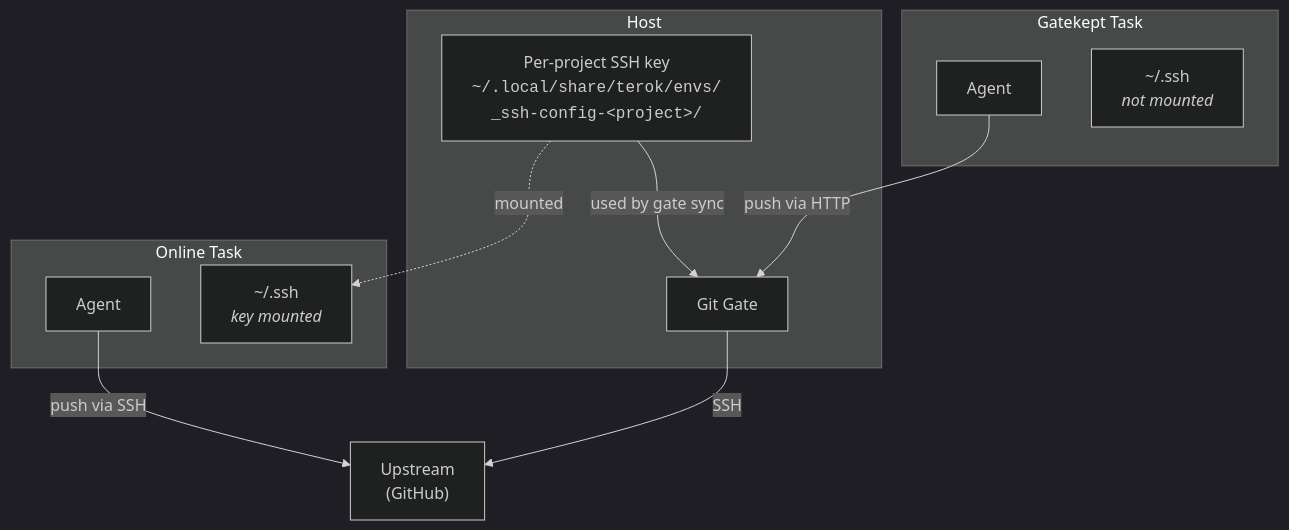
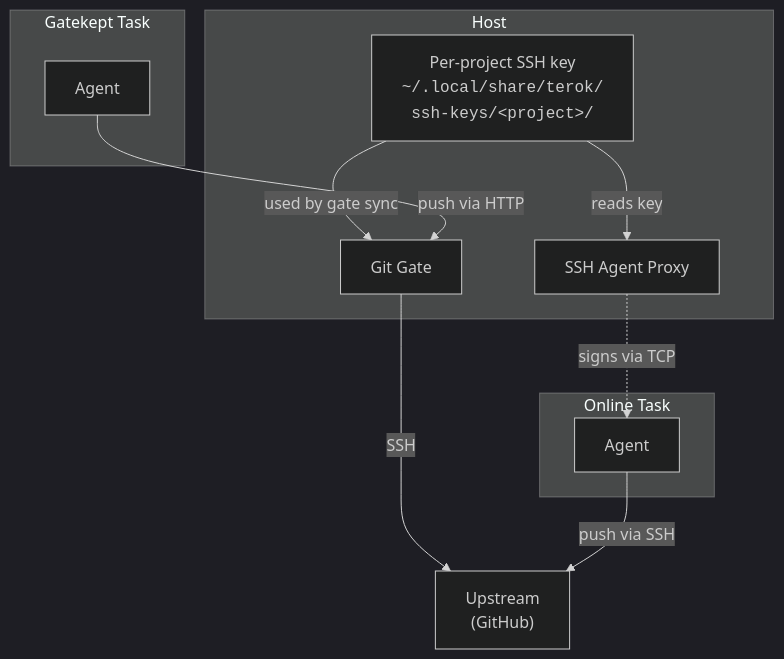
The sixth of 10 diagrams in docs/concepts.md (sliwowitz/terok), drawn with Mermaid (dark theme) before and after one commit. The commit also changed other lines of this file and 9 other files, not shown here.

First line of the commit message:
docs: purge stale SSH mount references, document agent proxy flow

````diff
--- a/docs/concepts.md
+++ b/docs/concepts.md
@@ -284,26 +284,26 @@
 ```mermaid
 graph TB
     subgraph HOST ["Host"]
-        SSH["Per-project SSH key<br/><code>~/.local/share/terok/envs/<br/>_ssh-config-&lt;project&gt;/</code>"]
+        SSH["Per-project SSH key<br/><code>~/.local/share/terok/<br/>ssh-keys/&lt;project&gt;/</code>"]
+        PROXY["SSH Agent Proxy"]
         GATE["Git Gate"]
     end
 
     UPSTREAM["Upstream<br/>(GitHub)"]
 
     subgraph ONLINE ["Online Task"]
         AGENT_ON["Agent"]
-        MOUNT_ON["~/.ssh<br/><i>key mounted</i>"]
     end
 
     subgraph GATEKEPT ["Gatekept Task"]
         AGENT_GK["Agent"]
-        NO_MOUNT["~/.ssh<br/><i>not mounted</i>"]
     end
 
+    SSH -- "reads key" --> PROXY
     SSH -- "used by gate sync" --> GATE
     GATE -- "SSH" --> UPSTREAM
-    SSH -. "mounted" .-> MOUNT_ON
+    PROXY -. "signs via TCP" .-> AGENT_ON
     AGENT_ON -- "push via SSH" --> UPSTREAM
     AGENT_GK -- "push via HTTP" --> GATE
 
 ```
````
